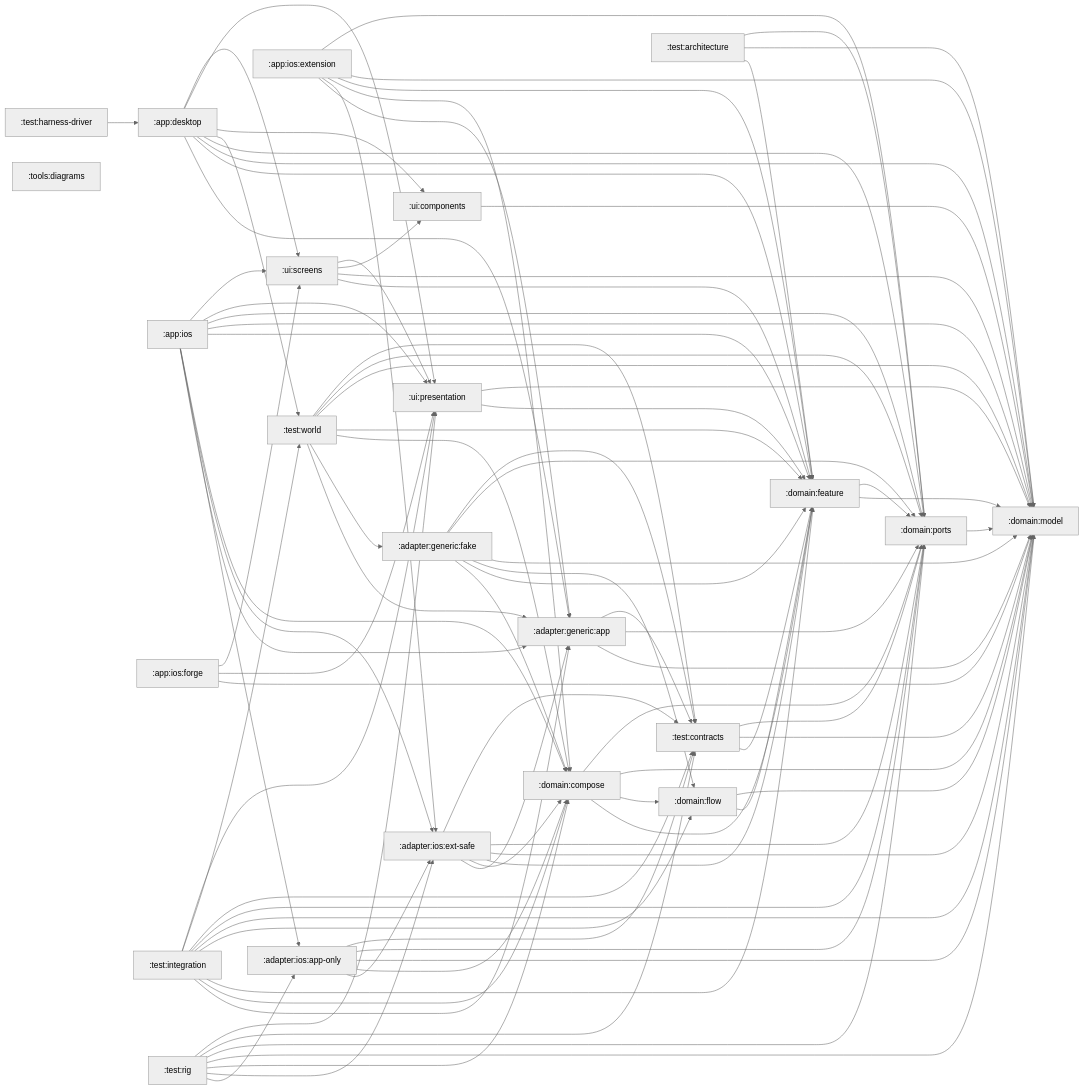
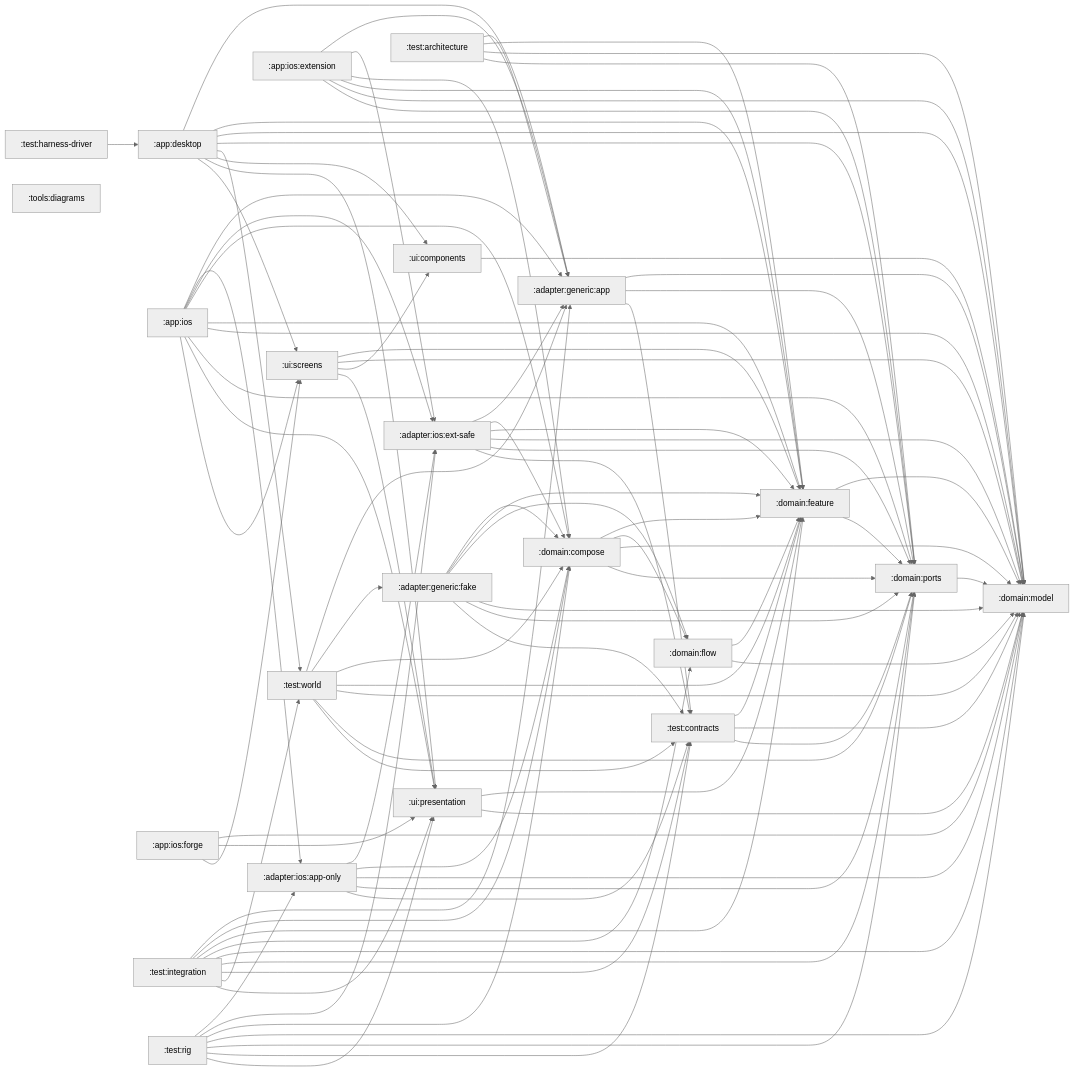
The diagram in architecture/modules.md (stefanhoelzl/SnapSync), drawn with Mermaid (neutral theme) before and after one commit. The commit also changed 40 other files, not shown here.

```diff
--- a/architecture/modules.md
+++ b/architecture/modules.md
@@ -87,6 +87,7 @@
   domain_flow --> domain_feature
   domain_flow --> domain_model
   domain_ports --> domain_model
+  test_architecture --> adapter_generic_app
   test_architecture --> domain_feature
   test_architecture --> domain_model
   test_architecture --> domain_ports
```
